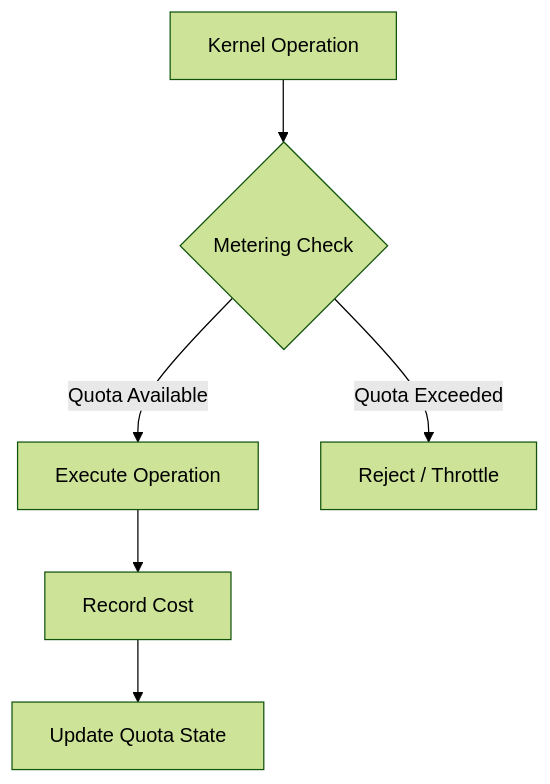
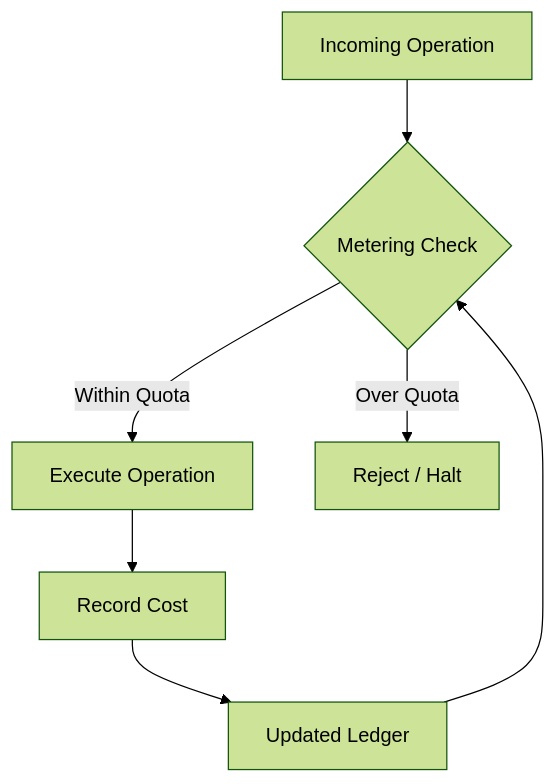
The diagram in other-librefang-kernel-metering.md (leszek3737/librefang-WIki), drawn with Mermaid (forest theme) before and after one commit. The commit also changed other lines of this file and 120 other files, not shown here.

````diff
--- a/other-librefang-kernel-metering.md
+++ b/other-librefang-kernel-metering.md
@@ -24,8 +29,9 @@
 ```mermaid
 graph TD
-    A[Kernel Operation] --> B{Metering Check}
-    B -->|Quota Available| C[Execute Operation]
-    B -->|Quota Exceeded| D[Reject / Throttle]
-    C -->E[Record Cost]
-    E -->F[Update Quota State]
+    A[Incoming Operation] --> B{Metering Check}
+    B -->|Within Quota| C[Execute Operation]
+    C --> D[Record Cost]
+    B -->|Over Quota| E[Reject / Halt]
+    D --> F[Updated Ledger]
+    F --> B
 ```
````
